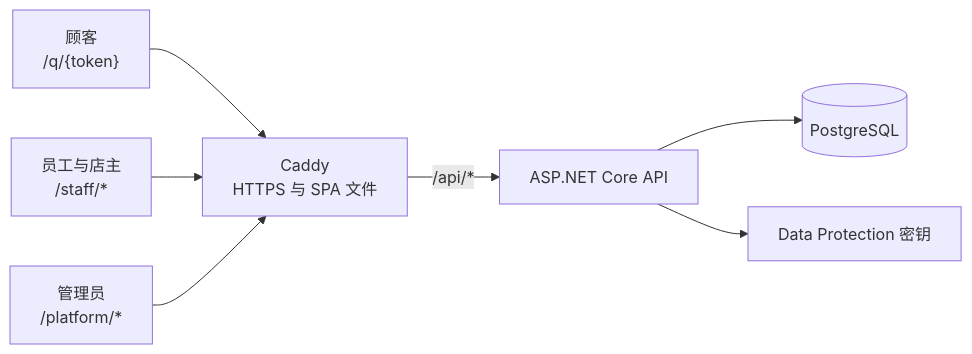
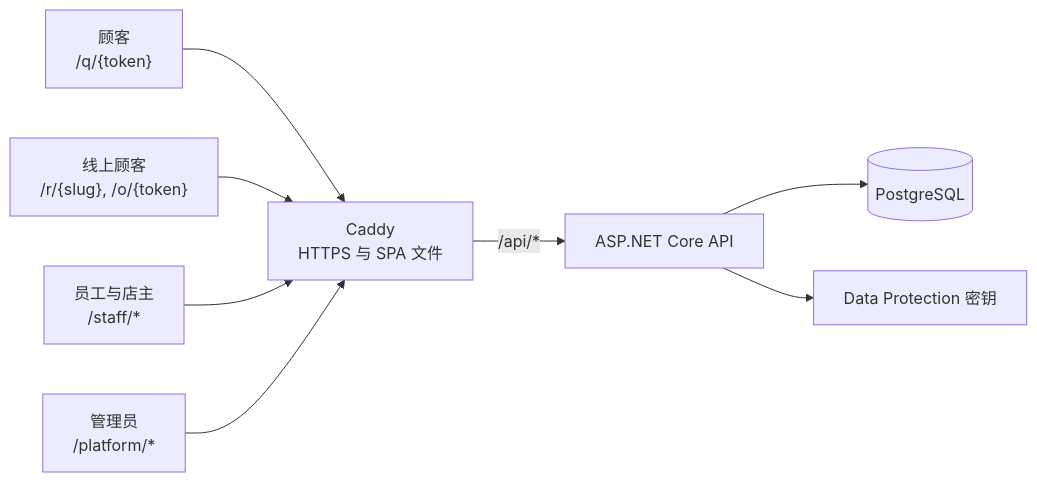
One commit to lorenzoyang/TavoloFlow changed the diagram in README.zh-CN.md. Above: the diagram before and after it, drawn with Mermaid. The commit also changed other lines of this file and 19 other files, not shown here.

````diff
--- a/README.zh-CN.md
+++ b/README.zh-CN.md
@@ -99,9 +99,10 @@
 ```mermaid
 flowchart LR
   G["顾客<br>/q/{token}"] --> C
+  O["线上顾客<br>/r/{slug}, /o/{token}"] --> C
   S["员工与店主<br>/staff/*"] --> C
   P["管理员<br>/platform/*"] --> C
   C["Caddy<br>HTTPS 与 SPA 文件"] -->|"/api/*"| A["ASP.NET Core API"]
   A --> D[("PostgreSQL")]
   A --> K["Data Protection 密钥"]
 ```
````
